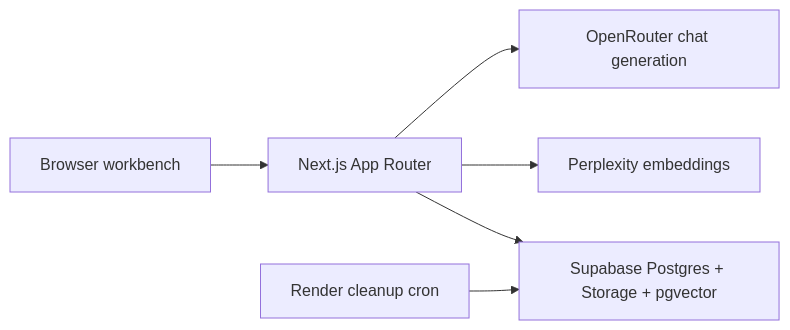
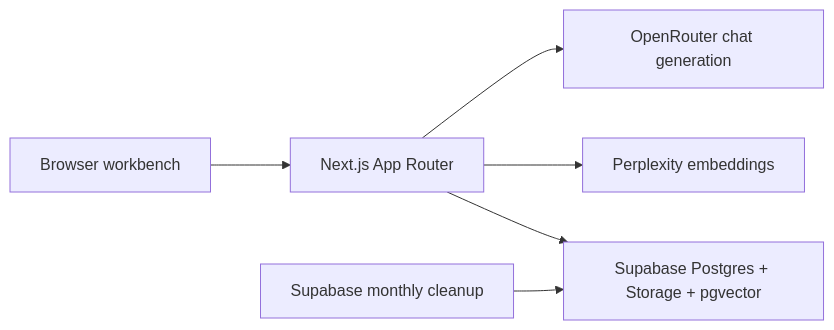
The diagram in README.md (lagarcess/rag-lens), drawn with Mermaid before and after one commit. The commit also changed other lines of this file and 35 other files, not shown here.

Commit message:
chore(retention): move upload cleanup to Supabase cron

````diff
--- a/README.md
+++ b/README.md
@@ -51,8 +51,8 @@
 ```mermaid
 flowchart LR
   Browser["Browser workbench"] --> Next["Next.js App Router"]
   Next --> Supabase["Supabase Postgres + Storage + pgvector"]
   Next --> Perplexity["Perplexity embeddings"]
   Next --> OpenRouter["OpenRouter chat generation"]
-  RenderCron["Render cleanup cron"] --> Supabase
+  SupabaseCron["Supabase monthly cleanup"] --> Supabase
 ```
````
